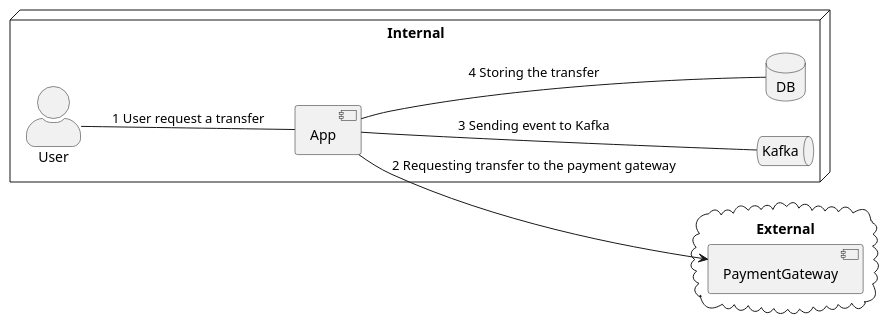
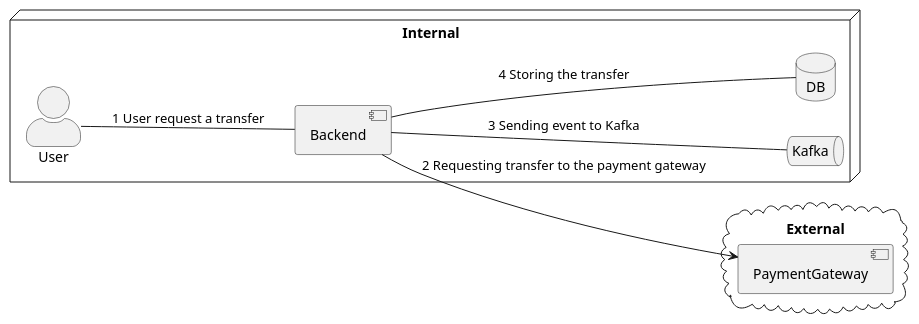
Before and after one commit to manuelarte/talks: the first of 2 diagrams in 2026/loggingsuckstalk/slides/slides.md, drawn with PlantUML. The commit also changed other lines of this file and 18 other files, not shown here.

````diff
--- a/2026/loggingsuckstalk/slides/slides.md
+++ b/2026/loggingsuckstalk/slides/slides.md
@@ -49,23 +49,23 @@
 ```plantuml
 @startuml
 left to right direction
 skinparam actorStyle awesome
 
 cloud External {
   [PaymentGateway] as PG
 }
 
 node "Internal" {
   actor User
-  [App] as App
+  [Backend] as App
   queue "Kafka"
   database DB
 }
 
 User -- App :1 User request a transfer
 App --> PG :2 Requesting transfer to the payment gateway
 App -- "Kafka" :3 Sending event to Kafka
 App -- DB :4 Storing the transfer
 
 @enduml
 ```
````
